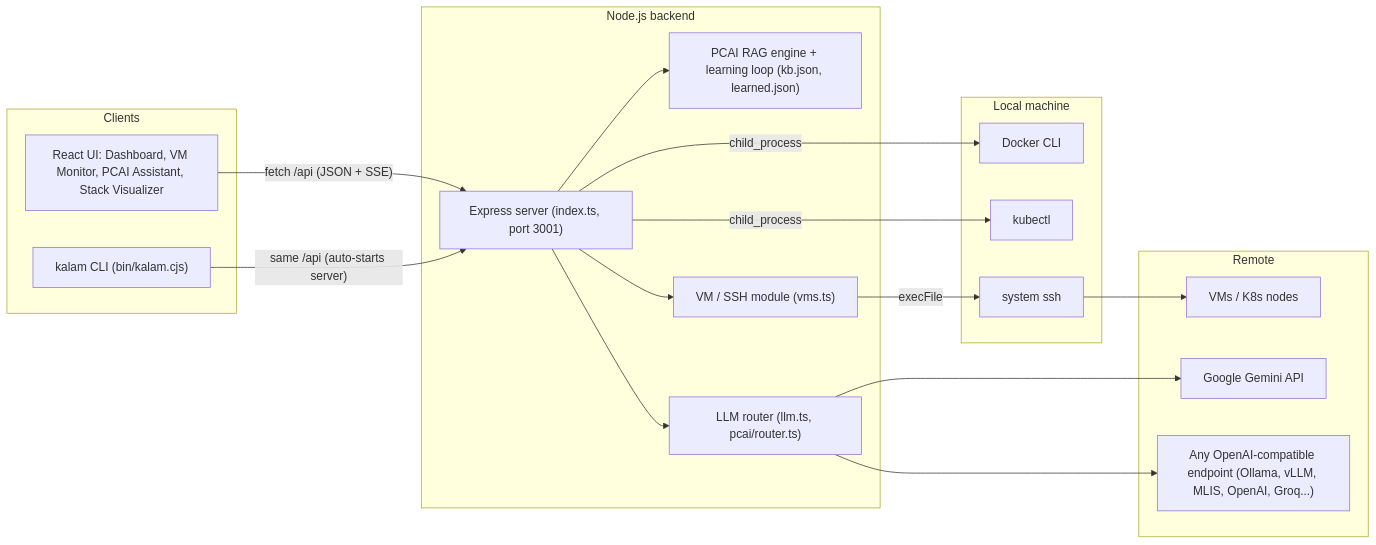
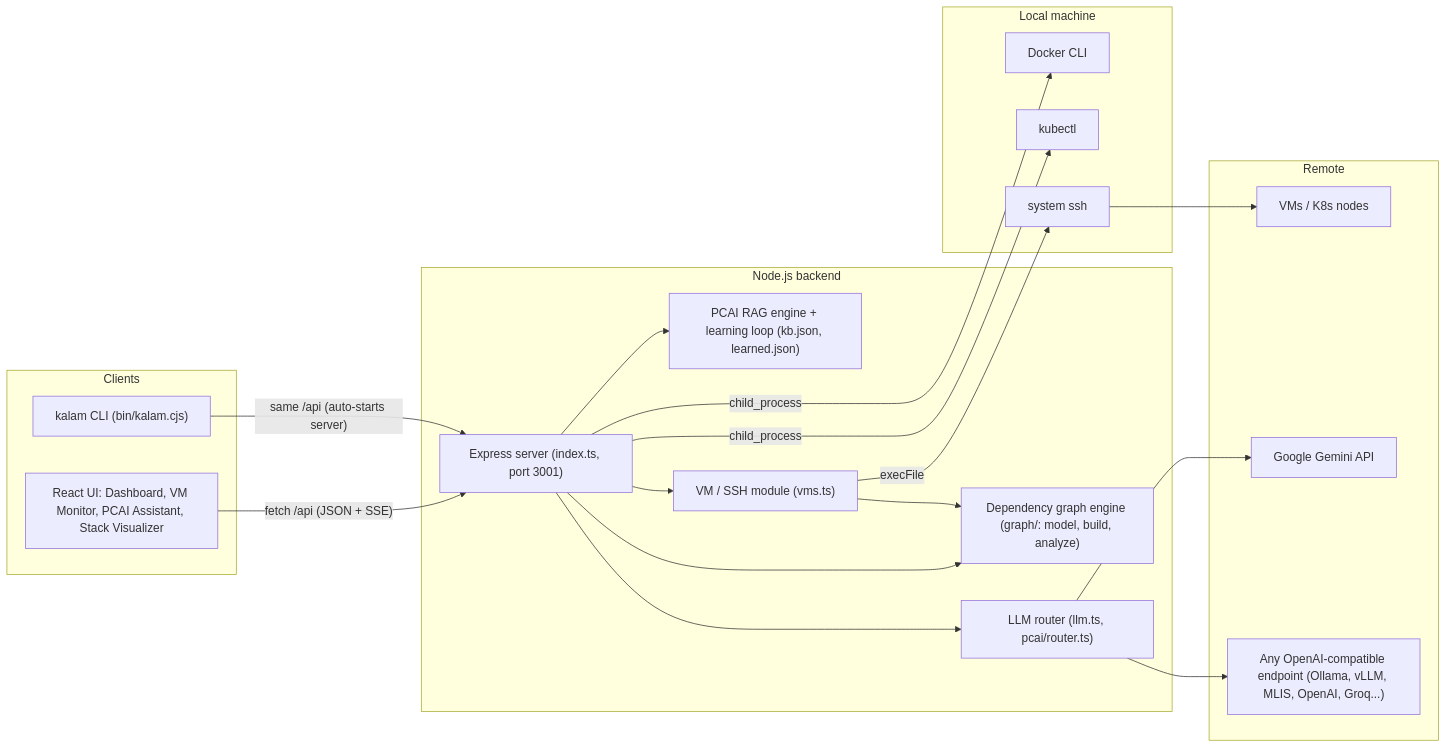
Before and after one commit to AdityaRam24/kalam: the first of 8 diagrams in ARCHITECTURE.md, drawn with Mermaid. The commit also changed other lines of this file and 18 other files, not shown here.

````diff
--- a/ARCHITECTURE.md
+++ b/ARCHITECTURE.md
@@ -17,38 +17,41 @@
 ```mermaid
 flowchart LR
     subgraph B["Clients"]
         UI["React UI: Dashboard, VM Monitor, PCAI Assistant, Stack Visualizer"]
         CLI["kalam CLI (bin/kalam.cjs)"]
     end
 
     subgraph N["Node.js backend"]
         API["Express server (index.ts, port 3001)"]
         RAG["PCAI RAG engine + learning loop (kb.json, learned.json)"]
         VMS["VM / SSH module (vms.ts)"]
+        GRAPH["Dependency graph engine (graph/: model, build, analyze)"]
         LLM["LLM router (llm.ts, pcai/router.ts)"]
     end
 
     subgraph L["Local machine"]
         DOCKER["Docker CLI"]
         KUBECTL["kubectl"]
         SSHBIN["system ssh"]
     end
 
     subgraph R["Remote"]
         VM["VMs / K8s nodes"]
         GEMINI["Google Gemini API"]
         ANY["Any OpenAI-compatible endpoint (Ollama, vLLM, MLIS, OpenAI, Groq...)"]
     end
 
     UI -->|"fetch /api (JSON + SSE)"| API
     CLI -->|"same /api (auto-starts server)"| API
     API --> RAG
     API --> VMS
+    API --> GRAPH
+    VMS --> GRAPH
     API --> LLM
     API -->|child_process| DOCKER
     API -->|child_process| KUBECTL
     VMS -->|execFile| SSHBIN
     SSHBIN --> VM
     LLM --> GEMINI
     LLM --> ANY
 ```
````
